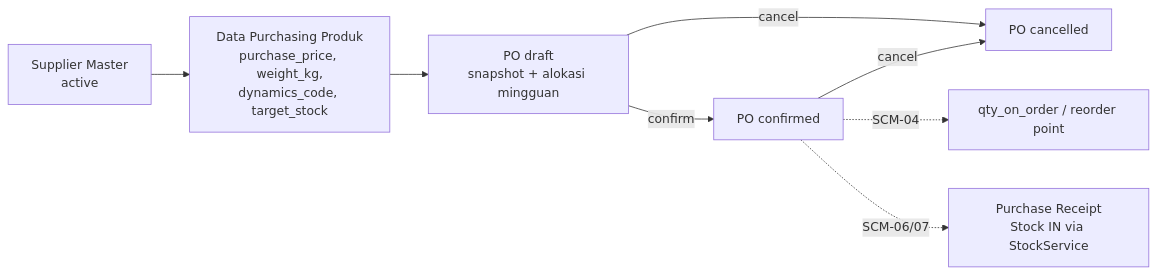
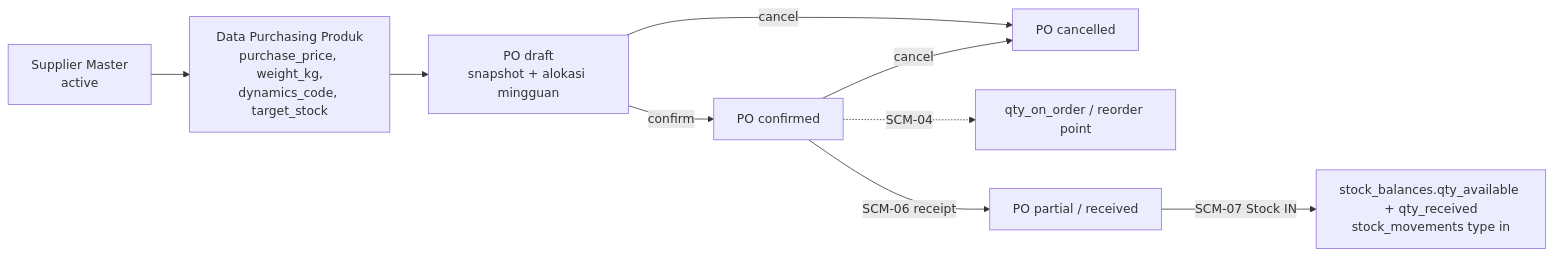
One commit to chsryn/ERP-Tadco changed the second of 2 diagrams in GAMBARAN-APLIKASI.md. Above: the diagram before and after it, drawn with Mermaid. The commit also changed other lines of this file and 37 other files, not shown here.

````diff
--- a/GAMBARAN-APLIKASI.md
+++ b/GAMBARAN-APLIKASI.md
@@ -129,10 +132,11 @@
 ```mermaid
 flowchart LR
     A[Supplier Master<br/>active] --> B[Data Purchasing Produk<br/>purchase_price, weight_kg,<br/>dynamics_code, target_stock]
     B --> C[PO draft<br/>snapshot + alokasi mingguan]
     C -->|confirm| D[PO confirmed]
     C -->|cancel| E[PO cancelled]
     D -->|cancel| E
     D -.->|SCM-04| F[qty_on_order / reorder point]
-    D -.->|SCM-06/07| G[Purchase Receipt<br/>Stock IN via StockService]
+    D -->|SCM-06 receipt| H[PO partial / received]
+    H -->|SCM-07 Stock IN| I[stock_balances.qty_available + qty_received<br/>stock_movements type in]
 ```
````
